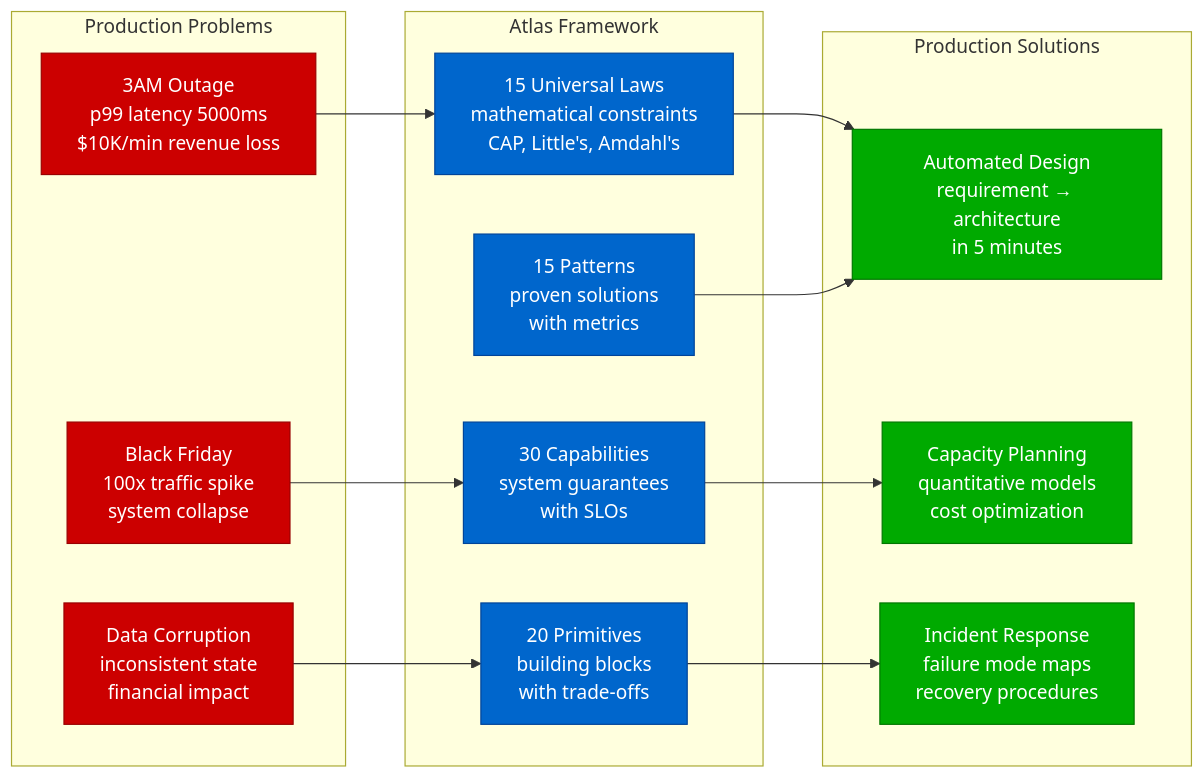
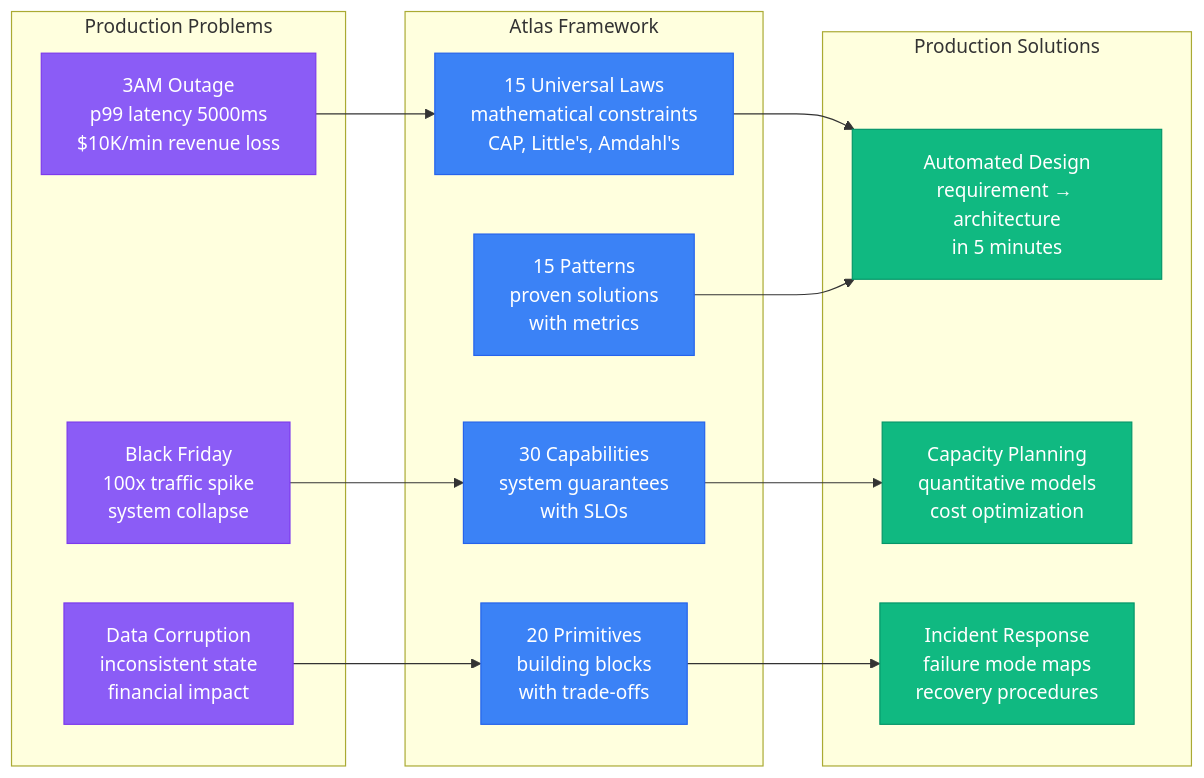
One commit to deepaucksharma/DS changed the second of 4 diagrams in site/docs/getting-started/overview.md. Above: the diagram before and after it, drawn with Mermaid. The commit also changed other lines of this file and 303 other files, not shown here.

````diff
--- a/site/docs/getting-started/overview.md
+++ b/site/docs/getting-started/overview.md
@@ -59,37 +59,37 @@
 ```mermaid
 flowchart LR
     subgraph Problem["Production Problems"]
         P1["3AM Outage<br/>p99 latency 5000ms<br/>$10K/min revenue loss"]
         P2["Black Friday<br/>100x traffic spike<br/>system collapse"]
         P3["Data Corruption<br/>inconsistent state<br/>financial impact"]
     end
 
     subgraph Framework["Atlas Framework"]
         F1["15 Universal Laws<br/>mathematical constraints<br/>CAP, Little's, Amdahl's"]
         F2["30 Capabilities<br/>system guarantees<br/>with SLOs"]
         F3["20 Primitives<br/>building blocks<br/>with trade-offs"]
         F4["15 Patterns<br/>proven solutions<br/>with metrics"]
     end
 
     subgraph Solution["Production Solutions"]
         S1["Automated Design<br/>requirement → architecture<br/>in 5 minutes"]
         S2["Capacity Planning<br/>quantitative models<br/>cost optimization"]
         S3["Incident Response<br/>failure mode maps<br/>recovery procedures"]
     end
 
     P1 --> F1
     P2 --> F2
     P3 --> F3
     F1 --> S1
     F2 --> S2
     F3 --> S3
     F4 --> S1
 
-    classDef problemStyle fill:#CC0000,stroke:#990000,color:#fff
-    classDef frameworkStyle fill:#0066CC,stroke:#004499,color:#fff
-    classDef solutionStyle fill:#00AA00,stroke:#007700,color:#fff
+    classDef problemStyle fill:#8B5CF6,stroke:#7C3AED,color:#fff
+    classDef frameworkStyle fill:#3B82F6,stroke:#2563EB,color:#fff
+    classDef solutionStyle fill:#10B981,stroke:#059669,color:#fff
 
     class P1,P2,P3 problemStyle
     class F1,F2,F3,F4 frameworkStyle
     class S1,S2,S3 solutionStyle
 ```
````
